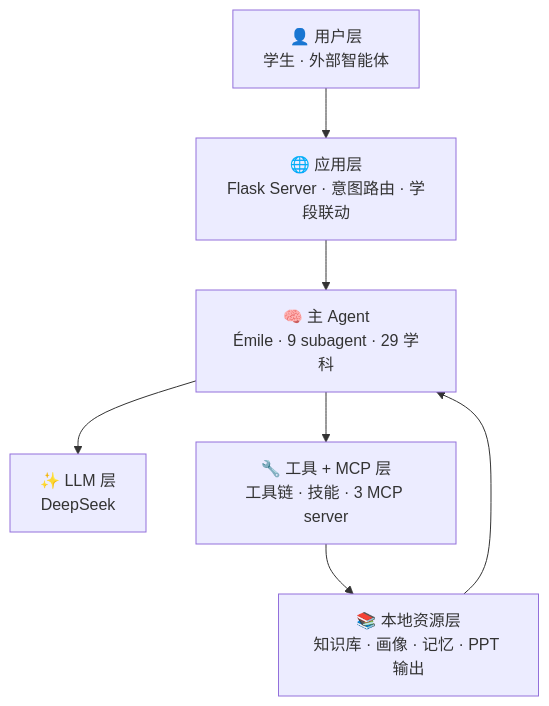
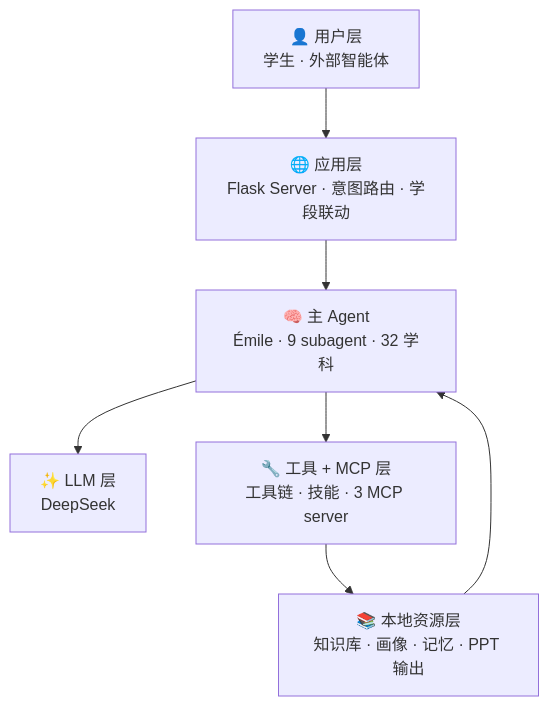
One commit to Golden2002/PAEG changed the fifth of 16 diagrams in PAEG技术全景文档.md. Above: the diagram before and after it, drawn with Mermaid. The commit also changed other lines of this file, not shown here.

````diff
--- a/PAEG技术全景文档.md
+++ b/PAEG技术全景文档.md
@@ -305,16 +305,16 @@
 ```mermaid
 flowchart TB
     L1["👤 用户层<br/>学生 · 外部智能体"]
     L2["🌐 应用层<br/>Flask Server · 意图路由 · 学段联动"]
-    L3["🧠 主 Agent<br/>Émile · 9 subagent · 29 学科"]
+    L3["🧠 主 Agent<br/>Émile · 9 subagent · 32 学科"]
     L4["✨ LLM 层<br/>DeepSeek"]
     L5["🔧 工具 + MCP 层<br/>工具链 · 技能 · 3 MCP server"]
     L6["📚 本地资源层<br/>知识库 · 画像 · 记忆 · PPT 输出"]
 
     L1 --> L2
     L2 --> L3
     L3 --> L4
     L3 --> L5
     L5 --> L6
     L6 --> L3
 ```
````
